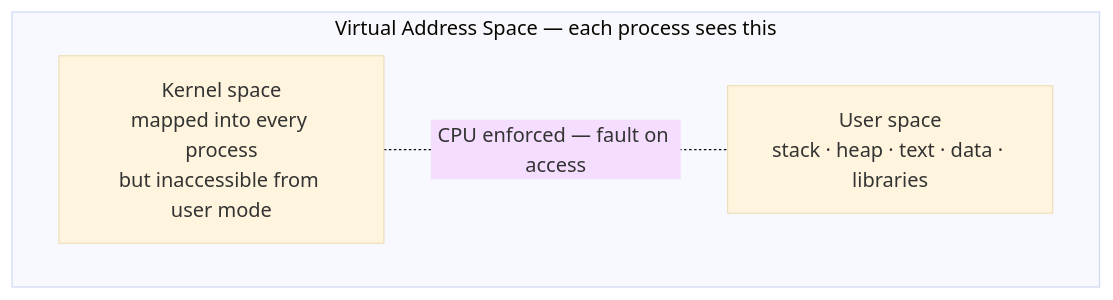
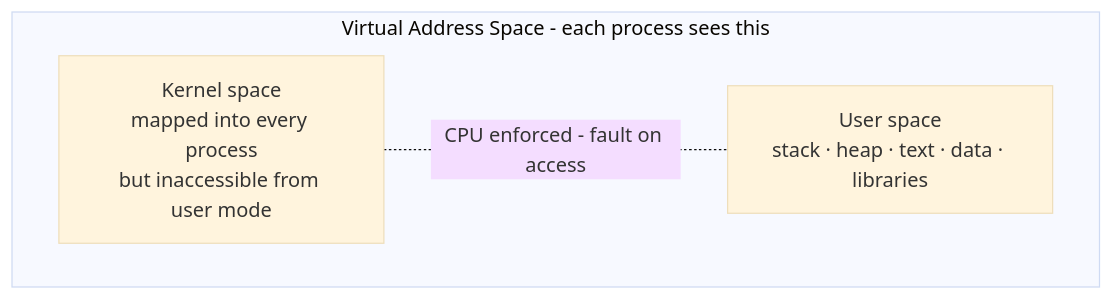
Before and after one commit to ValentinTorassa/Linux-Study-Notes-VT: the first of 2 diagrams in linux-notes/01-big-picture/user-space-vs-kernel-space.md, drawn with Mermaid (base theme). The commit also changed other lines of this file and 7 other files, not shown here.

````diff
--- a/linux-notes/01-big-picture/user-space-vs-kernel-space.md
+++ b/linux-notes/01-big-picture/user-space-vs-kernel-space.md
@@ -15,8 +15,8 @@
 ```mermaid
 graph TD
-    subgraph "Virtual Address Space — each process sees this"
+    subgraph "Virtual Address Space - each process sees this"
         K["Kernel space\nmapped into every process\nbut inaccessible from user mode"]
         U["User space\nstack · heap · text · data · libraries"]
     end
-    K -. "CPU enforced — fault on access" .- U
+    K -. "CPU enforced - fault on access" .- U
 ```
````
